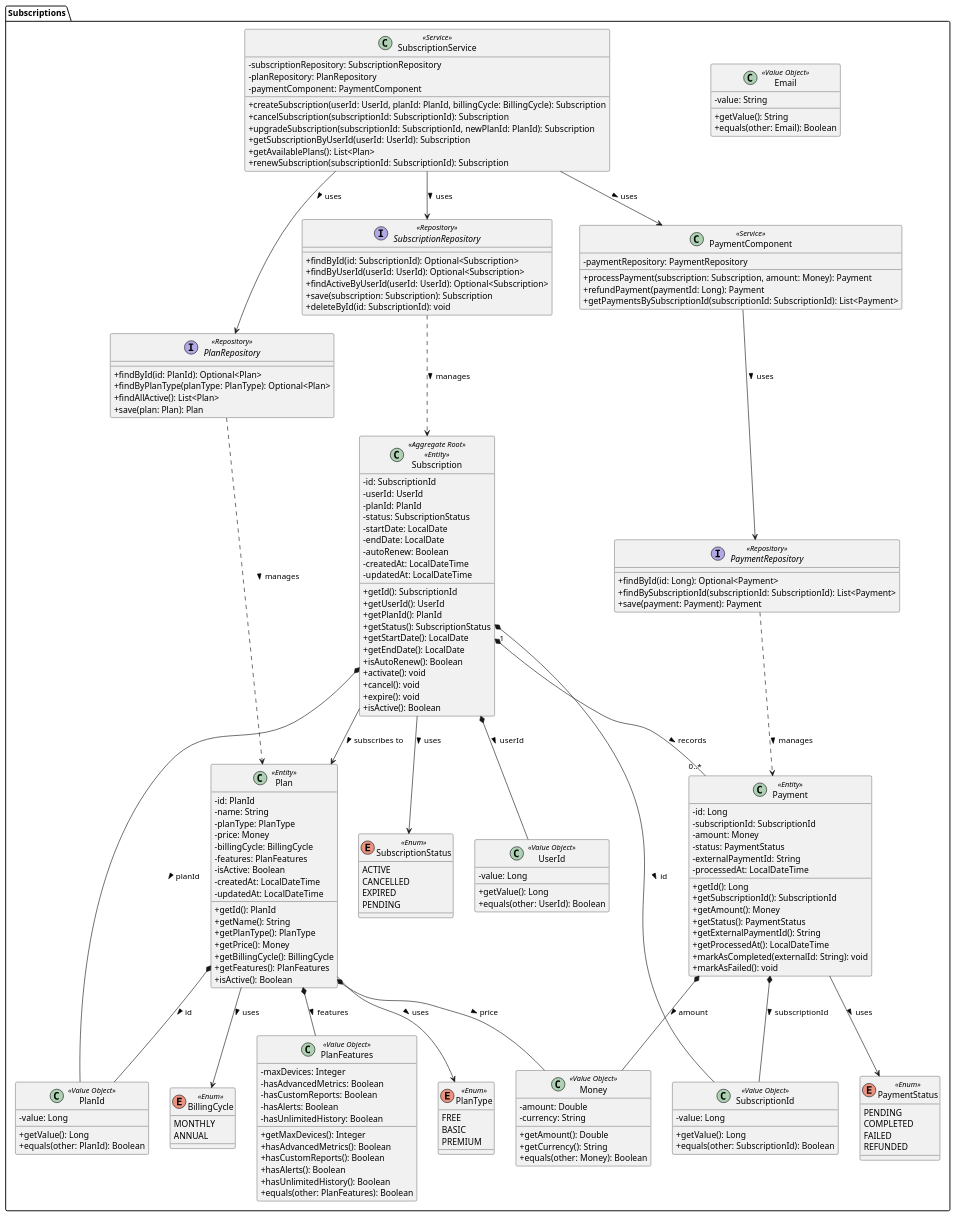
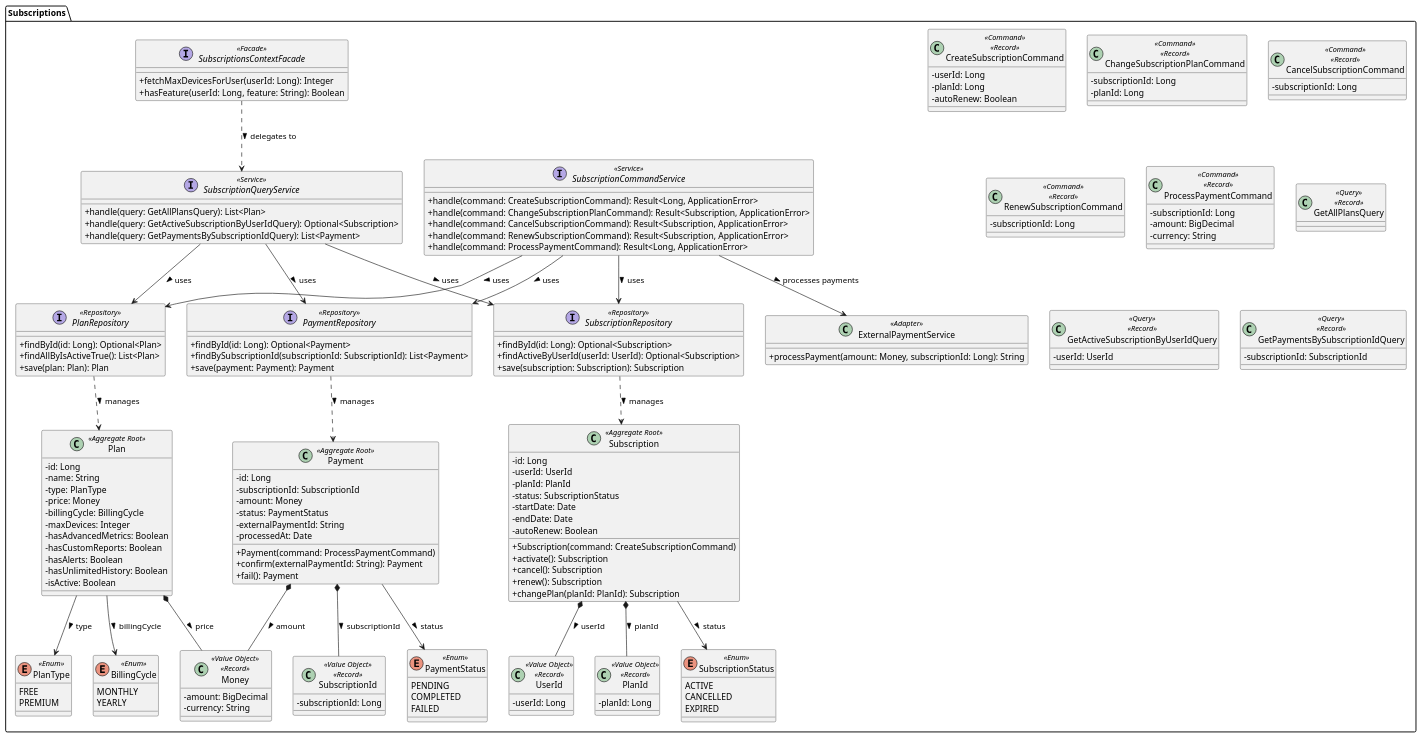
One commit to upc-pre-202610-1asi0729-11896-techwatch/techwatch-report changed the diagram in assets/docs/class-diagram-subscriptions.puml. Above: the diagram before and after it, drawn with PlantUML. The commit also changed 34 other files, not shown here.

```diff
--- a/assets/docs/class-diagram-subscriptions.puml
+++ b/assets/docs/class-diagram-subscriptions.puml
@@ -7,152 +7,136 @@
 package "Subscriptions" {
 
     ' Value Objects
-    class UserId <<Value Object>> {
-        - value: Long
-        + getValue(): Long
-        + equals(other: UserId): Boolean
+    class UserId <<Value Object>> <<Record>> {
+        - userId: Long
     }
 
-    class SubscriptionId <<Value Object>> {
-        - value: Long
-        + getValue(): Long
-        + equals(other: SubscriptionId): Boolean
+    class PlanId <<Value Object>> <<Record>> {
+        - planId: Long
     }
 
-    class PlanId <<Value Object>> {
-        - value: Long
-        + getValue(): Long
-        + equals(other: PlanId): Boolean
+    class SubscriptionId <<Value Object>> <<Record>> {
+        - subscriptionId: Long
     }
 
-    class Email <<Value Object>> {
-        - value: String
-        + getValue(): String
-        + equals(other: Email): Boolean
+    class Money <<Value Object>> <<Record>> {
+        - amount: BigDecimal
+        - currency: String
     }
 
-    class Money <<Value Object>> {
-        - amount: Double
-        - currency: String
-        + getAmount(): Double
-        + getCurrency(): String
-        + equals(other: Money): Boolean
+    enum PlanType <<Enum>> {
+        FREE
+        PREMIUM
     }
 
-    class PlanFeatures <<Value Object>> {
-        - maxDevices: Integer
-        - hasAdvancedMetrics: Boolean
-        - hasCustomReports: Boolean
-        - hasAlerts: Boolean
-        - hasUnlimitedHistory: Boolean
-        + getMaxDevices(): Integer
-        + hasAdvancedMetrics(): Boolean
-        + hasCustomReports(): Boolean
-        + hasAlerts(): Boolean
-        + hasUnlimitedHistory(): Boolean
-        + equals(other: PlanFeatures): Boolean
-    }
-
-    ' Enumerations
-    enum PlanType <<Enum>> {
-        FREE
-        BASIC
-        PREMIUM
+    enum BillingCycle <<Enum>> {
+        MONTHLY
+        YEARLY
     }
 
     enum SubscriptionStatus <<Enum>> {
         ACTIVE
         CANCELLED
         EXPIRED
-        PENDING
     }
 
     enum PaymentStatus <<Enum>> {
         PENDING
         COMPLETED
         FAILED
-        REFUNDED
     }
 
-    enum BillingCycle <<Enum>> {
-        MONTHLY
-        ANNUAL
+    ' Aggregates
+    class Plan <<Aggregate Root>> {
+        - id: Long
+        - name: String
+        - type: PlanType
+        - price: Money
+        - billingCycle: BillingCycle
+        - maxDevices: Integer
+        - hasAdvancedMetrics: Boolean
+        - hasCustomReports: Boolean
+        - hasAlerts: Boolean
+        - hasUnlimitedHistory: Boolean
+        - isActive: Boolean
     }
 
-    ' Entities
-    class Plan <<Entity>> {
-        - id: PlanId
-        - name: String
-        - planType: PlanType
-        - price: Money
-        - billingCycle: BillingCycle
-        - features: PlanFeatures
-        - isActive: Boolean
-        - createdAt: LocalDateTime
-        - updatedAt: LocalDateTime
-        + getId(): PlanId
-        + getName(): String
-        + getPlanType(): PlanType
-        + getPrice(): Money
-        + getBillingCycle(): BillingCycle
-        + getFeatures(): PlanFeatures
-        + isActive(): Boolean
-    }
-
-    class Subscription <<Aggregate Root>> <<Entity>> {
-        - id: SubscriptionId
+    class Subscription <<Aggregate Root>> {
+        - id: Long
         - userId: UserId
         - planId: PlanId
         - status: SubscriptionStatus
-        - startDate: LocalDate
-        - endDate: LocalDate
+        - startDate: Date
+        - endDate: Date
         - autoRenew: Boolean
-        - createdAt: LocalDateTime
-        - updatedAt: LocalDateTime
-        + getId(): SubscriptionId
-        + getUserId(): UserId
-        + getPlanId(): PlanId
-        + getStatus(): SubscriptionStatus
-        + getStartDate(): LocalDate
-        + getEndDate(): LocalDate
-        + isAutoRenew(): Boolean
-        + activate(): void
-        + cancel(): void
-        + expire(): void
-        + isActive(): Boolean
+        + Subscription(command: CreateSubscriptionCommand)
+        + activate(): Subscription
+        + cancel(): Subscription
+        + renew(): Subscription
+        + changePlan(planId: PlanId): Subscription
     }
 
-    class Payment <<Entity>> {
+    class Payment <<Aggregate Root>> {
         - id: Long
         - subscriptionId: SubscriptionId
         - amount: Money
         - status: PaymentStatus
         - externalPaymentId: String
-        - processedAt: LocalDateTime
-        + getId(): Long
-        + getSubscriptionId(): SubscriptionId
-        + getAmount(): Money
-        + getStatus(): PaymentStatus
-        + getExternalPaymentId(): String
-        + getProcessedAt(): LocalDateTime
-        + markAsCompleted(externalId: String): void
-        + markAsFailed(): void
+        - processedAt: Date
+        + Payment(command: ProcessPaymentCommand)
+        + confirm(externalPaymentId: String): Payment
+        + fail(): Payment
     }
 
-    ' Repositories
+    ' Commands
+    class CreateSubscriptionCommand <<Command>> <<Record>> {
+        - userId: Long
+        - planId: Long
+        - autoRenew: Boolean
+    }
+
+    class ChangeSubscriptionPlanCommand <<Command>> <<Record>> {
+        - subscriptionId: Long
+        - planId: Long
+    }
+
+    class CancelSubscriptionCommand <<Command>> <<Record>> {
+        - subscriptionId: Long
+    }
+
+    class RenewSubscriptionCommand <<Command>> <<Record>> {
+        - subscriptionId: Long
+    }
+
+    class ProcessPaymentCommand <<Command>> <<Record>> {
+        - subscriptionId: Long
+        - amount: BigDecimal
+        - currency: String
+    }
+
+    ' Queries
+    class GetAllPlansQuery <<Query>> <<Record>> {
+    }
+
+    class GetActiveSubscriptionByUserIdQuery <<Query>> <<Record>> {
+        - userId: UserId
+    }
+
+    class GetPaymentsBySubscriptionIdQuery <<Query>> <<Record>> {
+        - subscriptionId: SubscriptionId
+    }
+
+    ' Repositories (ports)
+    interface PlanRepository <<Repository>> {
+        + findById(id: Long): Optional<Plan>
+        + findAllByIsActiveTrue(): List<Plan>
+        + save(plan: Plan): Plan
+    }
+
     interface SubscriptionRepository <<Repository>> {
-        + findById(id: SubscriptionId): Optional<Subscription>
-        + findByUserId(userId: UserId): Optional<Subscription>
+        + findById(id: Long): Optional<Subscription>
         + findActiveByUserId(userId: UserId): Optional<Subscription>
         + save(subscription: Subscription): Subscription
-        + deleteById(id: SubscriptionId): void
-    }
-
-    interface PlanRepository <<Repository>> {
-        + findById(id: PlanId): Optional<Plan>
-        + findByPlanType(planType: PlanType): Optional<Plan>
-        + findAllActive(): List<Plan>
-        + save(plan: Plan): Plan
     }
 
     interface PaymentRepository <<Repository>> {
@@ -161,48 +145,53 @@
         + save(payment: Payment): Payment
     }
 
-    ' Services
-    class SubscriptionService <<Service>> {
-        - subscriptionRepository: SubscriptionRepository
-        - planRepository: PlanRepository
-        - paymentComponent: PaymentComponent
-        + createSubscription(userId: UserId, planId: PlanId, billingCycle: BillingCycle): Subscription
-        + cancelSubscription(subscriptionId: SubscriptionId): Subscription
-        + upgradeSubscription(subscriptionId: SubscriptionId, newPlanId: PlanId): Subscription
-        + getSubscriptionByUserId(userId: UserId): Subscription
-        + getAvailablePlans(): List<Plan>
-        + renewSubscription(subscriptionId: SubscriptionId): Subscription
+    ' Application Services
+    interface SubscriptionCommandService <<Service>> {
+        + handle(command: CreateSubscriptionCommand): Result<Long, ApplicationError>
+        + handle(command: ChangeSubscriptionPlanCommand): Result<Subscription, ApplicationError>
+        + handle(command: CancelSubscriptionCommand): Result<Subscription, ApplicationError>
+        + handle(command: RenewSubscriptionCommand): Result<Subscription, ApplicationError>
+        + handle(command: ProcessPaymentCommand): Result<Long, ApplicationError>
     }
 
-    class PaymentComponent <<Service>> {
-        - paymentRepository: PaymentRepository
-        + processPayment(subscription: Subscription, amount: Money): Payment
-        + refundPayment(paymentId: Long): Payment
-        + getPaymentsBySubscriptionId(subscriptionId: SubscriptionId): List<Payment>
+    interface SubscriptionQueryService <<Service>> {
+        + handle(query: GetAllPlansQuery): List<Plan>
+        + handle(query: GetActiveSubscriptionByUserIdQuery): Optional<Subscription>
+        + handle(query: GetPaymentsBySubscriptionIdQuery): List<Payment>
+    }
+
+    ' Outbound adapter to the external payment service
+    class ExternalPaymentService <<Adapter>> {
+        + processPayment(amount: Money, subscriptionId: Long): String
+    }
+
+    ' ACL Facade
+    interface SubscriptionsContextFacade <<Facade>> {
+        + fetchMaxDevicesForUser(userId: Long): Integer
+        + hasFeature(userId: Long, feature: String): Boolean
     }
 
     ' Relations
-    Subscription "1" *-- "0..*" Payment : records >
-    Subscription --> Plan : subscribes to >
-    Subscription --> SubscriptionStatus : uses >
-    Subscription *-- SubscriptionId : id >
+    Plan *-- Money : price >
+    Plan --> PlanType : type >
+    Plan --> BillingCycle : billingCycle >
     Subscription *-- UserId : userId >
     Subscription *-- PlanId : planId >
-    Plan --> PlanType : uses >
-    Plan --> BillingCycle : uses >
-    Plan *-- PlanFeatures : features >
-    Plan *-- Money : price >
-    Plan *-- PlanId : id >
-    Payment --> PaymentStatus : uses >
+    Subscription --> SubscriptionStatus : status >
+    Payment *-- SubscriptionId : subscriptionId >
     Payment *-- Money : amount >
-    Payment *-- SubscriptionId : subscriptionId >
-    SubscriptionService --> SubscriptionRepository : uses >
-    SubscriptionService --> PlanRepository : uses >
-    SubscriptionService --> PaymentComponent : uses >
-    PaymentComponent --> PaymentRepository : uses >
+    Payment --> PaymentStatus : status >
+    SubscriptionCommandService --> PlanRepository : uses >
+    SubscriptionCommandService --> SubscriptionRepository : uses >
+    SubscriptionCommandService --> PaymentRepository : uses >
+    SubscriptionCommandService --> ExternalPaymentService : processes payments >
+    SubscriptionQueryService --> PlanRepository : uses >
+    SubscriptionQueryService --> SubscriptionRepository : uses >
+    SubscriptionQueryService --> PaymentRepository : uses >
+    PlanRepository ..> Plan : manages >
     SubscriptionRepository ..> Subscription : manages >
-    PlanRepository ..> Plan : manages >
     PaymentRepository ..> Payment : manages >
+    SubscriptionsContextFacade ..> SubscriptionQueryService : delegates to >
 }
 
 @enduml
```
